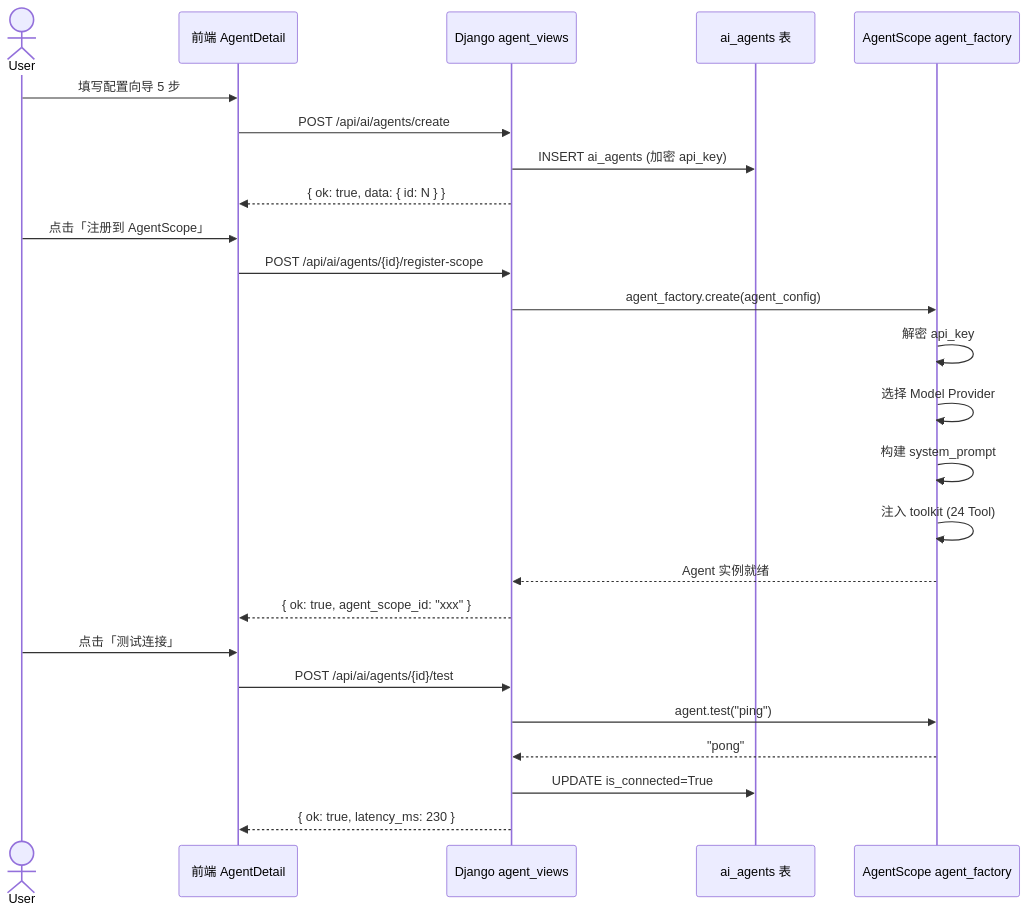
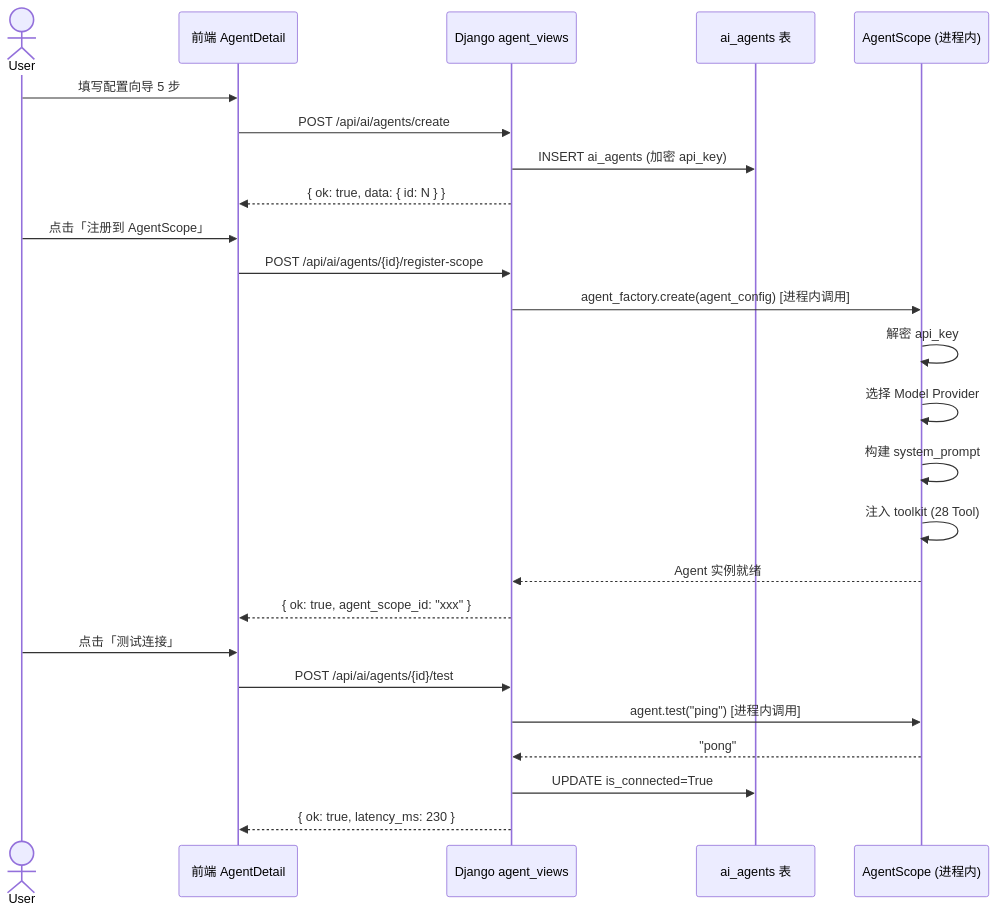
One commit to Kahoku-lazy/Android-AutoTests changed the second of 4 diagrams in dev_docs/03-设计与架构/ARCH-06-AI助手.md. Above: the diagram before and after it, drawn with Mermaid. The commit also changed other lines of this file and 489 other files, not shown here.

First line of the commit message:
feat: 前端 TypeScript 迁移 + AgentScope 内嵌 + 忽略 tests/

````diff
--- a/dev_docs/03-设计与架构/ARCH-06-AI助手.md
+++ b/dev_docs/03-设计与架构/ARCH-06-AI助手.md
@@ -183,30 +166,30 @@
 ```mermaid
 sequenceDiagram
     actor User
     participant Vue as 前端 AgentDetail
     participant Django as Django agent_views
     participant DB as ai_agents 表
-    participant AS as AgentScope agent_factory
+    participant AS as AgentScope (进程内)
 
     User->>Vue: 填写配置向导 5 步
     Vue->>Django: POST /api/ai/agents/create
     Django->>DB: INSERT ai_agents (加密 api_key)
     Django-->>Vue: { ok: true, data: { id: N } }
 
     User->>Vue: 点击「注册到 AgentScope」
     Vue->>Django: POST /api/ai/agents/{id}/register-scope
-    Django->>AS: agent_factory.create(agent_config)
+    Django->>AS: agent_factory.create(agent_config) [进程内调用]
     AS->>AS: 解密 api_key
     AS->>AS: 选择 Model Provider
     AS->>AS: 构建 system_prompt
-    AS->>AS: 注入 toolkit (24 Tool)
+    AS->>AS: 注入 toolkit (28 Tool)
     AS-->>Django: Agent 实例就绪
     Django-->>Vue: { ok: true, agent_scope_id: "xxx" }
 
     User->>Vue: 点击「测试连接」
     Vue->>Django: POST /api/ai/agents/{id}/test
-    Django->>AS: agent.test("ping")
+    Django->>AS: agent.test("ping") [进程内调用]
     AS-->>Django: "pong"
     Django->>DB: UPDATE is_connected=True
     Django-->>Vue: { ok: true, latency_ms: 230 }
 ```
````
